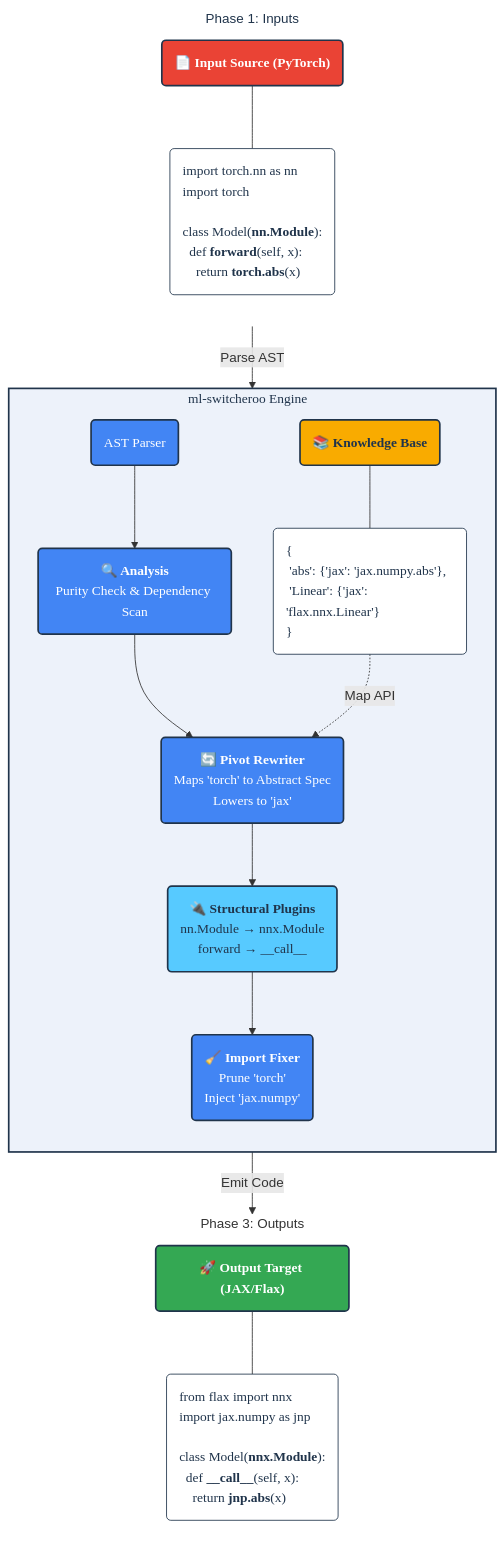
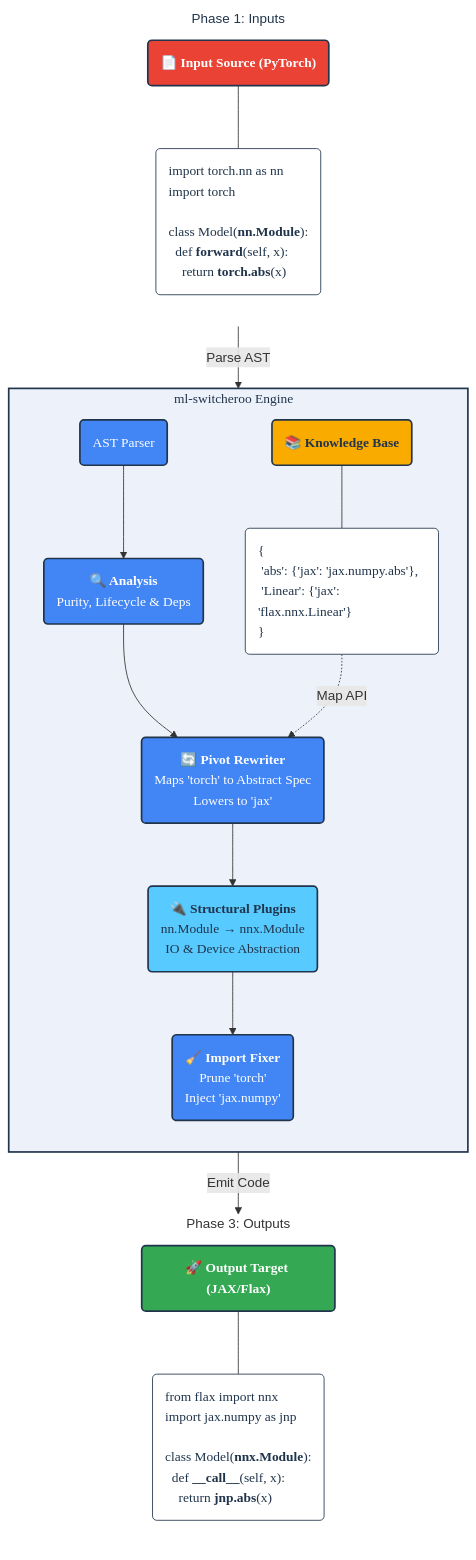
The diagram in README.md (SamuelMarks/ml-switcheroo), drawn with Mermaid before and after one commit. The commit also changed other lines of this file, not shown here.

````diff
--- a/README.md
+++ b/README.md
@@ -25,61 +26,61 @@
 ```mermaid
 graph TD
 %% =================================================================================
 %% STYLE DEFINITIONS
 %% =================================================================================
     classDef source fill: #ea4335, stroke: #20344b, stroke-width: 2px, color: #ffffff, font-family: 'Google Sans Medium', rx: 5px, ry: 5px;
     classDef semantics fill: #f9ab00, stroke: #20344b, stroke-width: 2px, color: #20344b, font-family: 'Google Sans Medium', rx: 5px, ry: 5px;
     classDef engine fill: #4285f4, stroke: #20344b, stroke-width: 2px, color: #ffffff, font-family: 'Google Sans Medium', rx: 5px, ry: 5px;
     classDef plugin fill: #57caff, stroke: #20344b, stroke-width: 2px, color: #20344b, font-family: 'Google Sans Medium', rx: 5px, ry: 5px;
     classDef target fill: #34a853, stroke: #20344b, stroke-width: 2px, color: #ffffff, font-family: 'Google Sans Medium', rx: 5px, ry: 5px;
     classDef codeBlock fill: #ffffff, stroke: #20344b, stroke-width: 1px, color: #20344b, font-family: 'Roboto Mono Normal', text-align: left;
 
 %% =================================================================================
 %% 1. INPUT LAYER
 %% =================================================================================
     subgraph Inputs [" Phase 1: Inputs "]
         direction TB
         style Inputs fill: #ffffff, stroke: #20344b, stroke-width: 0px, color: #20344b
         SRC_FILE("<b>📄 Input Source (PyTorch)</b>"):::source
         SRC_CODE("import torch.nn as nn<br/>import torch<br/><br/>class Model(<b>nn.Module</b>):<br/>&nbsp;&nbsp;def <b>forward</b>(self, x):<br/>&nbsp;&nbsp;&nbsp;&nbsp;return <b>torch.abs</b>(x)"):::codeBlock
         SRC_FILE --- SRC_CODE
     end
 
     SRC_CODE -->|" Parse AST "| PARSER
 %% =================================================================================
 %% 2. ENGINE LAYER
 %% =================================================================================
     subgraph Core [" ml-switcheroo Engine "]
         direction TB
         style Core fill: #edf2fa, stroke: #20344b, stroke-width: 2px, color: #20344b, font-family: 'Google Sans Medium'
         PARSER(AST Parser):::engine
-        ANALYSIS("<b>🔍 Analysis</b><br/>Purity Check & Dependency Scan"):::engine
+        ANALYSIS("<b>🔍 Analysis</b><br/>Purity, Lifecycle & Deps"):::engine
     %% Semantic Lookup
         KB_HEADER("<b>📚 Knowledge Base</b>"):::semantics
         KB_DATA("{<br/>&nbsp;'abs': {'jax': 'jax.numpy.abs'},<br/>&nbsp;'Linear': {'jax': 'flax.nnx.Linear'}<br/>}"):::codeBlock
     %% Transformation logic
         REWRITER("<b>🔄 Pivot Rewriter</b><br/>Maps 'torch' to Abstract Spec<br/>Lowers to 'jax'"):::engine
-        PLUGIN("<b>🔌 Structural Plugins</b><br/>nn.Module → nnx.Module<br/>forward → __call__"):::plugin
+        PLUGIN("<b>🔌 Structural Plugins</b><br/>nn.Module → nnx.Module<br/>IO & Device Abstraction"):::plugin
         FIXER("<b>🧹 Import Fixer</b><br/>Prune 'torch'<br/>Inject 'jax.numpy'"):::engine
     %% Connections
         PARSER --> ANALYSIS
         ANALYSIS --> REWRITER
         KB_HEADER --- KB_DATA
         KB_DATA -.->|" Map API "| REWRITER
         REWRITER --> PLUGIN
         PLUGIN --> FIXER
     end
 
 %% =================================================================================
 %% 3. OUTPUT LAYER
 %% =================================================================================
     FIXER -->|" Emit Code "| TGT_FILE
 
     subgraph Outputs [" Phase 3: Outputs "]
         direction TB
         style Outputs fill: #ffffff, stroke: #20344b, stroke-width: 0px
         TGT_FILE("<b>🚀 Output Target (JAX/Flax)</b>"):::target
         TGT_CODE("from flax import nnx<br/>import jax.numpy as jnp<br/><br/>class Model(<b>nnx.Module</b>):<br/>&nbsp;&nbsp;def <b>__call__</b>(self, x):<br/>&nbsp;&nbsp;&nbsp;&nbsp;return <b>jnp.abs</b>(x)"):::codeBlock
         TGT_FILE --- TGT_CODE
     end
 ```
````
